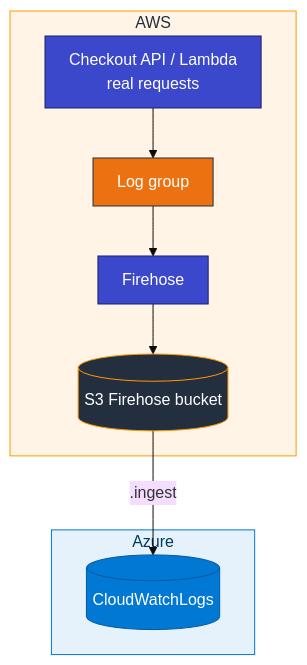
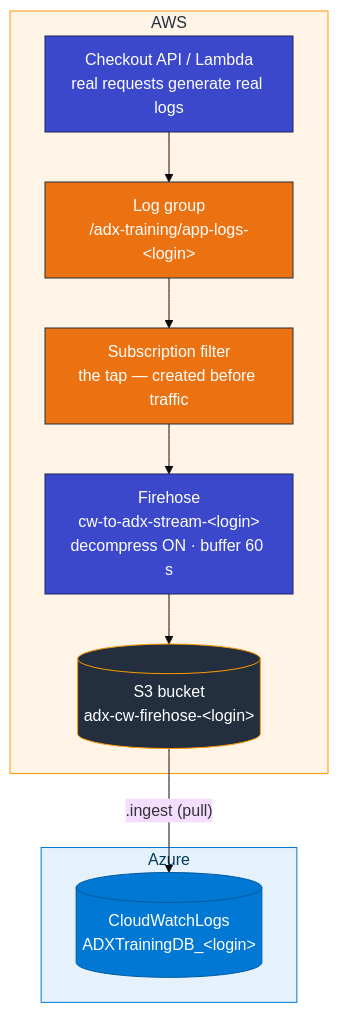
Before and after one commit to atingupta2005/adx-aws-training-aug-26: the first of 2 diagrams in Module_03_AWS_CloudWatch/03_CloudWatch_to_ADX_Concepts.md, drawn with Mermaid. The commit also changed other lines of this file and 6 other files, not shown here.

````diff
--- a/Module_03_AWS_CloudWatch/03_CloudWatch_to_ADX_Concepts.md
+++ b/Module_03_AWS_CloudWatch/03_CloudWatch_to_ADX_Concepts.md
@@ -48,24 +79,24 @@
 ```mermaid
 %%{init: {"theme":"base","flowchart":{"htmlLabels":true,"padding":12}}}%%
 flowchart TB
   subgraph awsBox [AWS]
-    SRC["Checkout API / Lambda<br/>real requests"]
-    LG["Log group"]
-    FH["Firehose"]
-    S3[("S3 Firehose bucket")]
+    SRC["Checkout API / Lambda<br/>real requests generate real logs"]
+    LG["Log group<br/>/adx-training/app-logs-&lt;login&gt;"]
+    SF["Subscription filter<br/>the tap — created before traffic"]
+    FH["Firehose<br/>cw-to-adx-stream-&lt;login&gt;<br/>decompress ON · buffer 60 s"]
+    S3[("S3 bucket<br/>adx-cw-firehose-&lt;login&gt;")]
   end
   subgraph azureBox [Azure]
-    CW[("CloudWatchLogs")]
+    CW[("CloudWatchLogs<br/>ADXTrainingDB_&lt;login&gt;")]
   end
-  SRC --> LG
-  LG --> FH
-  FH --> S3
-  S3 -->|".ingest"| CW
+  SRC --> LG --> SF --> FH --> S3
+  S3 -->|".ingest (pull)"| CW
   style awsBox fill:#FFF4E5,stroke:#FF9900,color:#232F3E
   style azureBox fill:#E6F2FB,stroke:#0078D4,color:#003A5D
   style SRC fill:#3B48CC,stroke:#1B2266,color:#fff
   style LG fill:#EC7211,stroke:#232F3E,color:#fff
+  style SF fill:#EC7211,stroke:#232F3E,color:#fff
   style FH fill:#3B48CC,stroke:#1B2266,color:#fff
   style S3 fill:#232F3E,stroke:#FF9900,color:#fff
   style CW fill:#0078D4,stroke:#005A9E,color:#fff
 ```
````
